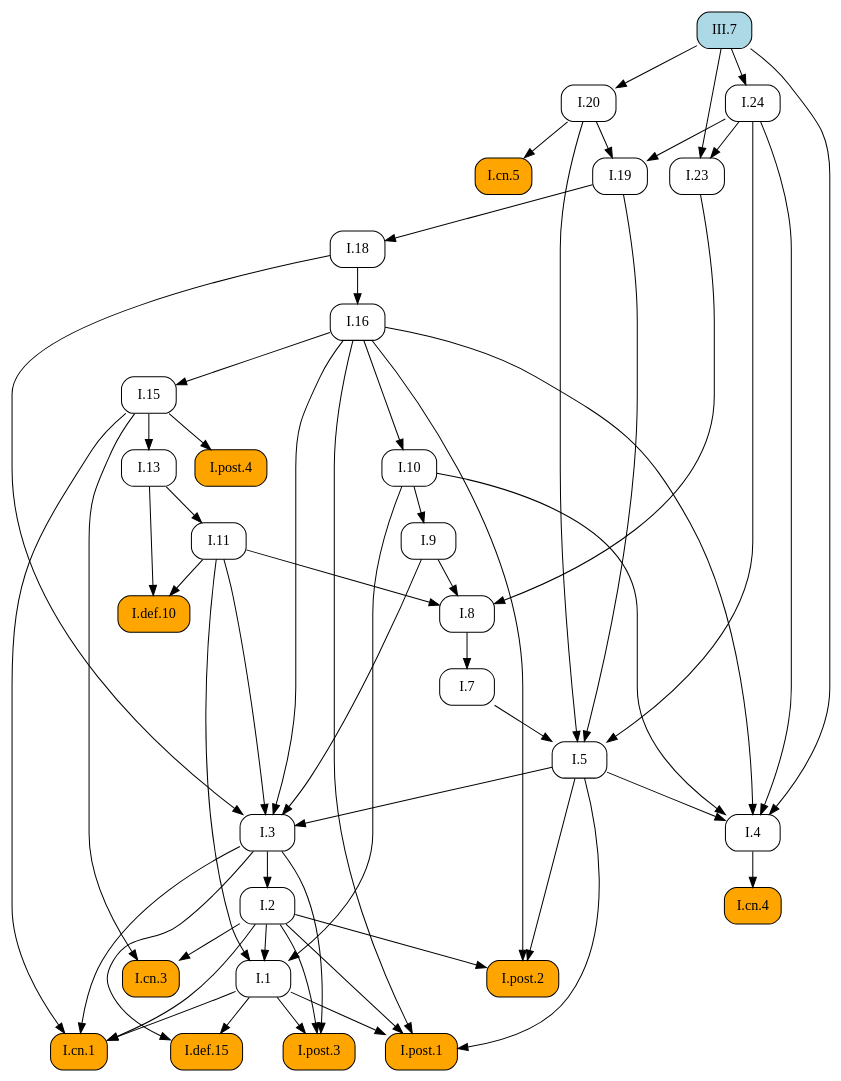
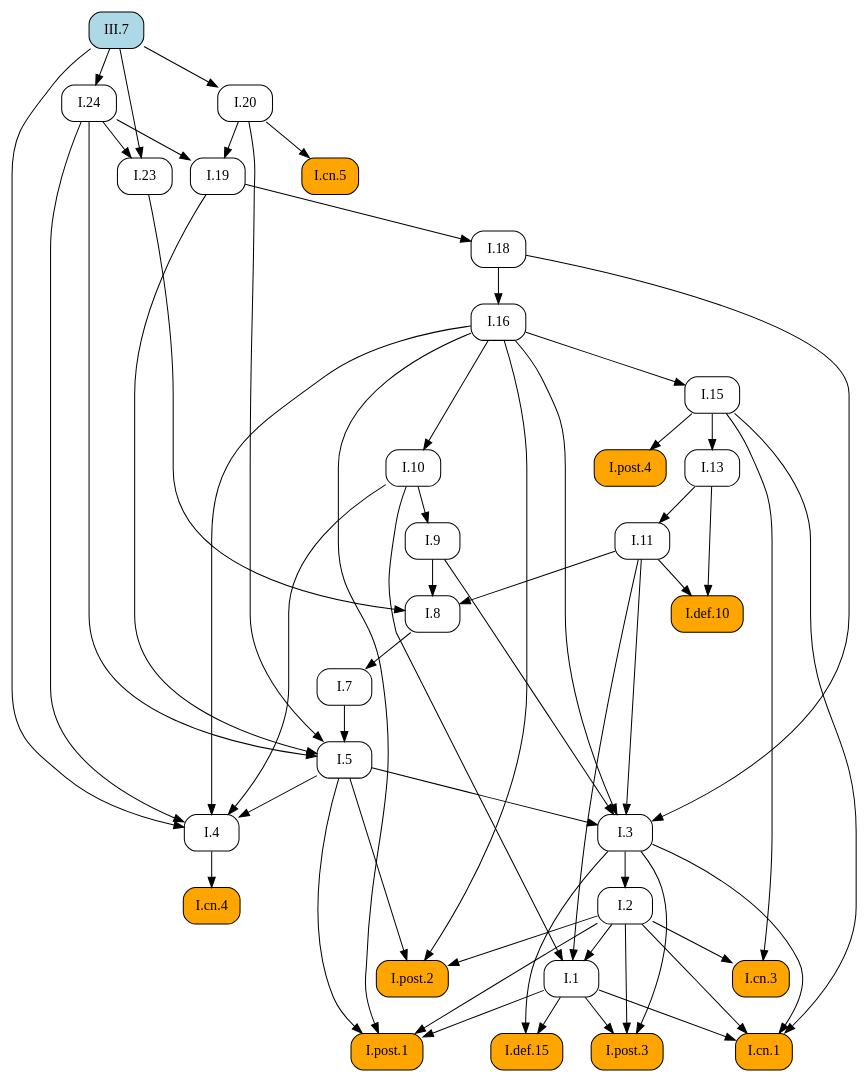
One commit to geometor/elements changed the diagram in docsrc/elements2/III/7/index.rst. Above: the diagram before and after it, drawn with Graphviz. The commit also changed other lines of this file and 171 other files, not shown here.

```diff
--- a/docsrc/elements2/III/7/index.rst
+++ b/docsrc/elements2/III/7/index.rst
@@ -124,91 +124,91 @@
    digraph {
      rankdir="TB";
      node [shape=box, style=rounded];
+     "I.8" [URL="/elements2/I/8/", target="_top"];
+     "I.19" [URL="/elements2/I/19/", target="_top"];
+     "I.1" [URL="/elements2/I/1/", target="_top"];
+     "I.cn.4" [style="rounded,filled", fillcolor=orange, URL="/elements2/I/cn.4/", target="_top"];
+     "I.cn.3" [style="rounded,filled", fillcolor=orange, URL="/elements2/I/cn.3/", target="_top"];
+     "I.7" [URL="/elements2/I/7/", target="_top"];
+     "I.post.1" [style="rounded,filled", fillcolor=orange, URL="/elements2/I/post.1/", target="_top"];
+     "I.9" [URL="/elements2/I/9/", target="_top"];
+     "I.5" [URL="/elements2/I/5/", target="_top"];
+     "III.7" [style="rounded,filled", fillcolor=lightblue, URL="/elements2/III/7/", target="_top"];
+     "I.cn.1" [style="rounded,filled", fillcolor=orange, URL="/elements2/I/cn.1/", target="_top"];
      "I.16" [URL="/elements2/I/16/", target="_top"];
      "I.def.10" [style="rounded,filled", fillcolor=orange, URL="/elements2/I/def.10/", target="_top"];
-     "I.9" [URL="/elements2/I/9/", target="_top"];
      "I.18" [URL="/elements2/I/18/", target="_top"];
-     "I.20" [URL="/elements2/I/20/", target="_top"];
-     "I.8" [URL="/elements2/I/8/", target="_top"];
+     "I.13" [URL="/elements2/I/13/", target="_top"];
+     "I.post.4" [style="rounded,filled", fillcolor=orange, URL="/elements2/I/post.4/", target="_top"];
      "I.2" [URL="/elements2/I/2/", target="_top"];
-     "I.23" [URL="/elements2/I/23/", target="_top"];
-     "I.15" [URL="/elements2/I/15/", target="_top"];
-     "I.cn.4" [style="rounded,filled", fillcolor=orange, URL="/elements2/I/cn.4/", target="_top"];
      "I.def.15" [style="rounded,filled", fillcolor=orange, URL="/elements2/I/def.15/", target="_top"];
-     "I.post.3" [style="rounded,filled", fillcolor=orange, URL="/elements2/I/post.3/", target="_top"];
-     "I.1" [URL="/elements2/I/1/", target="_top"];
-     "I.post.2" [style="rounded,filled", fillcolor=orange, URL="/elements2/I/post.2/", target="_top"];
-     "I.13" [URL="/elements2/I/13/", target="_top"];
+     "I.4" [URL="/elements2/I/4/", target="_top"];
      "I.24" [URL="/elements2/I/24/", target="_top"];
-     "I.post.1" [style="rounded,filled", fillcolor=orange, URL="/elements2/I/post.1/", target="_top"];
-     "I.7" [URL="/elements2/I/7/", target="_top"];
-     "I.10" [URL="/elements2/I/10/", target="_top"];
-     "I.post.4" [style="rounded,filled", fillcolor=orange, URL="/elements2/I/post.4/", target="_top"];
-     "I.cn.1" [style="rounded,filled", fillcolor=orange, URL="/elements2/I/cn.1/", target="_top"];
-     "I.3" [URL="/elements2/I/3/", target="_top"];
-     "I.cn.3" [style="rounded,filled", fillcolor=orange, URL="/elements2/I/cn.3/", target="_top"];
-     "III.7" [style="rounded,filled", fillcolor=lightblue, URL="/elements2/III/7/", target="_top"];
      "I.cn.5" [style="rounded,filled", fillcolor=orange, URL="/elements2/I/cn.5/", target="_top"];
      "I.11" [URL="/elements2/I/11/", target="_top"];
-     "I.19" [URL="/elements2/I/19/", target="_top"];
-     "I.5" [URL="/elements2/I/5/", target="_top"];
-     "I.4" [URL="/elements2/I/4/", target="_top"];
-     "I.18" -> "I.16";
-     "I.11" -> "I.def.10";
-     "I.13" -> "I.def.10";
-     "I.10" -> "I.9";
-     "I.19" -> "I.18";
-     "III.7" -> "I.20";
+     "I.10" [URL="/elements2/I/10/", target="_top"];
+     "I.15" [URL="/elements2/I/15/", target="_top"];
+     "I.20" [URL="/elements2/I/20/", target="_top"];
+     "I.3" [URL="/elements2/I/3/", target="_top"];
+     "I.post.2" [style="rounded,filled", fillcolor=orange, URL="/elements2/I/post.2/", target="_top"];
+     "I.23" [URL="/elements2/I/23/", target="_top"];
+     "I.post.3" [style="rounded,filled", fillcolor=orange, URL="/elements2/I/post.3/", target="_top"];
      "I.9" -> "I.8";
      "I.11" -> "I.8";
      "I.23" -> "I.8";
-     "I.3" -> "I.2";
-     "I.24" -> "I.23";
-     "III.7" -> "I.23";
-     "I.16" -> "I.15";
-     "I.4" -> "I.cn.4";
-     "I.1" -> "I.def.15";
-     "I.3" -> "I.def.15";
-     "I.1" -> "I.post.3";
-     "I.2" -> "I.post.3";
-     "I.3" -> "I.post.3";
+     "I.20" -> "I.19";
+     "I.24" -> "I.19";
      "I.2" -> "I.1";
      "I.10" -> "I.1";
      "I.11" -> "I.1";
-     "I.2" -> "I.post.2";
-     "I.5" -> "I.post.2";
-     "I.16" -> "I.post.2";
-     "I.15" -> "I.13";
-     "III.7" -> "I.24";
+     "I.4" -> "I.cn.4";
+     "I.2" -> "I.cn.3";
+     "I.15" -> "I.cn.3";
+     "I.8" -> "I.7";
      "I.1" -> "I.post.1";
      "I.2" -> "I.post.1";
      "I.5" -> "I.post.1";
      "I.16" -> "I.post.1";
-     "I.8" -> "I.7";
-     "I.16" -> "I.10";
-     "I.15" -> "I.post.4";
+     "I.10" -> "I.9";
+     "I.7" -> "I.5";
+     "I.19" -> "I.5";
+     "I.20" -> "I.5";
+     "I.24" -> "I.5";
      "I.1" -> "I.cn.1";
      "I.2" -> "I.cn.1";
      "I.3" -> "I.cn.1";
      "I.15" -> "I.cn.1";
+     "I.18" -> "I.16";
+     "I.11" -> "I.def.10";
+     "I.13" -> "I.def.10";
+     "I.19" -> "I.18";
+     "I.15" -> "I.13";
+     "I.15" -> "I.post.4";
+     "I.3" -> "I.2";
+     "I.1" -> "I.def.15";
+     "I.3" -> "I.def.15";
+     "I.5" -> "I.4";
+     "I.10" -> "I.4";
+     "I.16" -> "I.4";
+     "I.24" -> "I.4";
+     "III.7" -> "I.4";
+     "III.7" -> "I.24";
+     "I.20" -> "I.cn.5";
+     "I.13" -> "I.11";
+     "I.16" -> "I.10";
+     "I.16" -> "I.15";
+     "III.7" -> "I.20";
      "I.5" -> "I.3";
      "I.9" -> "I.3";
      "I.11" -> "I.3";
      "I.16" -> "I.3";
      "I.18" -> "I.3";
-     "I.2" -> "I.cn.3";
-     "I.15" -> "I.cn.3";
-     "I.20" -> "I.cn.5";
-     "I.13" -> "I.11";
-     "I.20" -> "I.19";
-     "I.24" -> "I.19";
-     "I.7" -> "I.5";
-     "I.19" -> "I.5";
-     "I.20" -> "I.5";
-     "I.24" -> "I.5";
-     "I.5" -> "I.4";
-     "I.10" -> "I.4";
-     "I.16" -> "I.4";
-     "I.24" -> "I.4";
-     "III.7" -> "I.4";
+     "I.2" -> "I.post.2";
+     "I.5" -> "I.post.2";
+     "I.16" -> "I.post.2";
+     "I.24" -> "I.23";
+     "III.7" -> "I.23";
+     "I.1" -> "I.post.3";
+     "I.2" -> "I.post.3";
+     "I.3" -> "I.post.3";
    }
```
